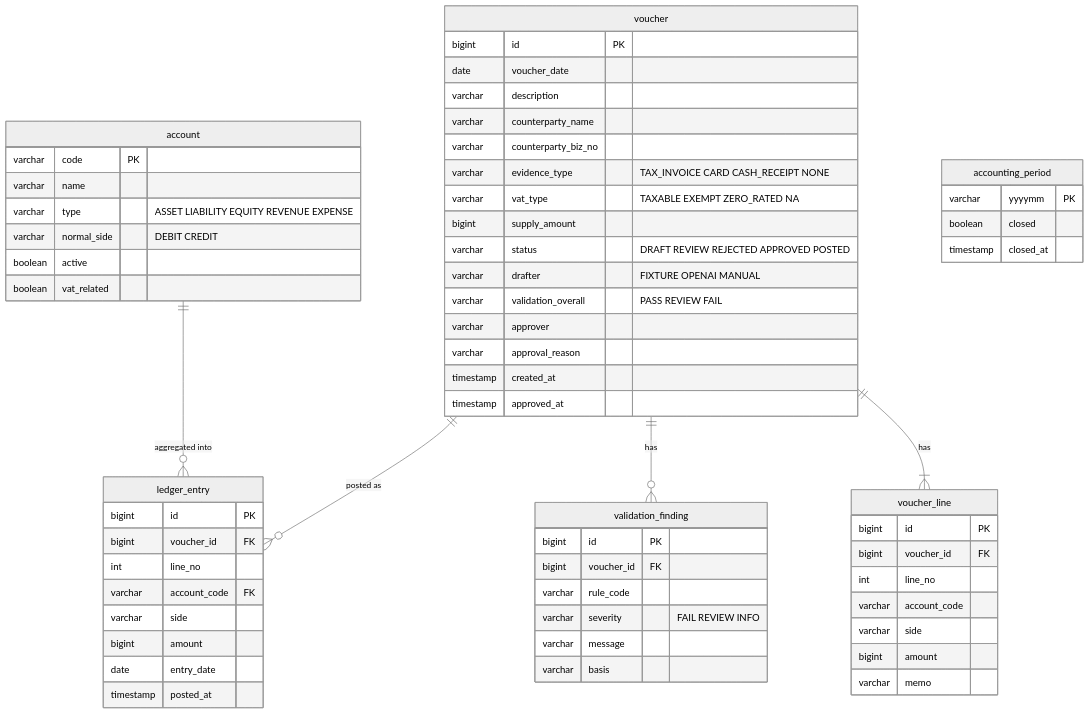
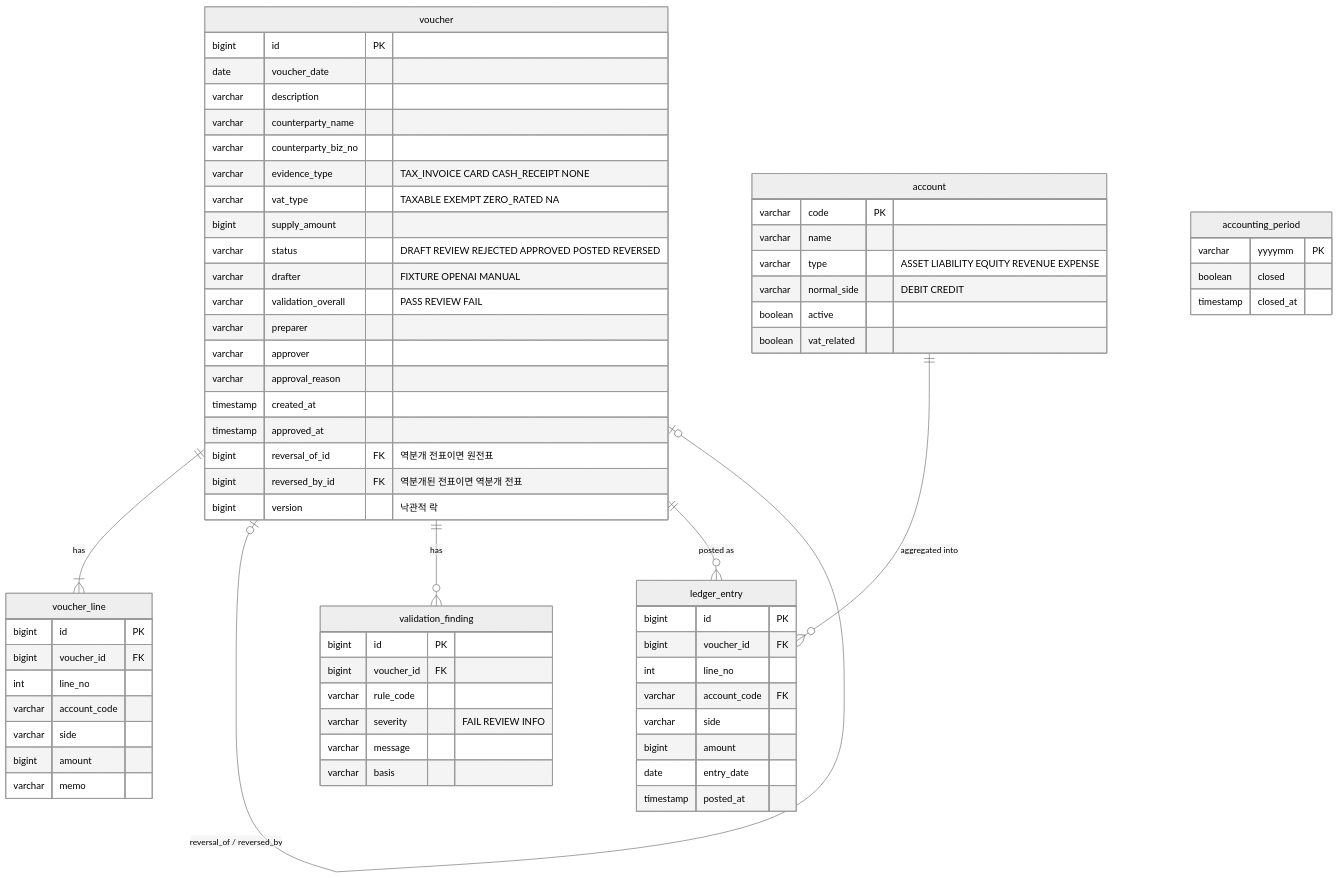
Before and after one commit to aeginventor/ledger-guard: the second of 2 diagrams in docs/architecture.md, drawn with Mermaid (neutral theme). The commit also changed other lines of this file and 5 other files, not shown here.

Commit message:
역분개, 직무 분리, 낙관적 락, 변이 평가, 지표를 문서에 반영하고 조문 조회 메모 추가

````diff
--- a/docs/architecture.md
+++ b/docs/architecture.md
@@ -68,65 +80,70 @@
 ```mermaid
 erDiagram
     account {
         varchar code PK
         varchar name
         varchar type "ASSET LIABILITY EQUITY REVENUE EXPENSE"
         varchar normal_side "DEBIT CREDIT"
         boolean active
         boolean vat_related
     }
     voucher {
         bigint id PK
         date voucher_date
         varchar description
         varchar counterparty_name
         varchar counterparty_biz_no
         varchar evidence_type "TAX_INVOICE CARD CASH_RECEIPT NONE"
         varchar vat_type "TAXABLE EXEMPT ZERO_RATED NA"
         bigint supply_amount
-        varchar status "DRAFT REVIEW REJECTED APPROVED POSTED"
+        varchar status "DRAFT REVIEW REJECTED APPROVED POSTED REVERSED"
         varchar drafter "FIXTURE OPENAI MANUAL"
         varchar validation_overall "PASS REVIEW FAIL"
+        varchar preparer
         varchar approver
         varchar approval_reason
         timestamp created_at
         timestamp approved_at
+        bigint reversal_of_id FK "역분개 전표이면 원전표"
+        bigint reversed_by_id FK "역분개된 전표이면 역분개 전표"
+        bigint version "낙관적 락"
     }
     voucher_line {
         bigint id PK
         bigint voucher_id FK
         int line_no
         varchar account_code
         varchar side
         bigint amount
         varchar memo
     }
     validation_finding {
         bigint id PK
         bigint voucher_id FK
         varchar rule_code
         varchar severity "FAIL REVIEW INFO"
         varchar message
         varchar basis
     }
     accounting_period {
         varchar yyyymm PK
         boolean closed
         timestamp closed_at
     }
     ledger_entry {
         bigint id PK
         bigint voucher_id FK
         int line_no
         varchar account_code FK
         varchar side
         bigint amount
         date entry_date
         timestamp posted_at
     }
 
     voucher ||--|{ voucher_line : "has"
+    voucher |o--o| voucher : "reversal_of / reversed_by"
     voucher ||--o{ validation_finding : "has"
     voucher ||--o{ ledger_entry : "posted as"
     account ||--o{ ledger_entry : "aggregated into"
 ```
````
